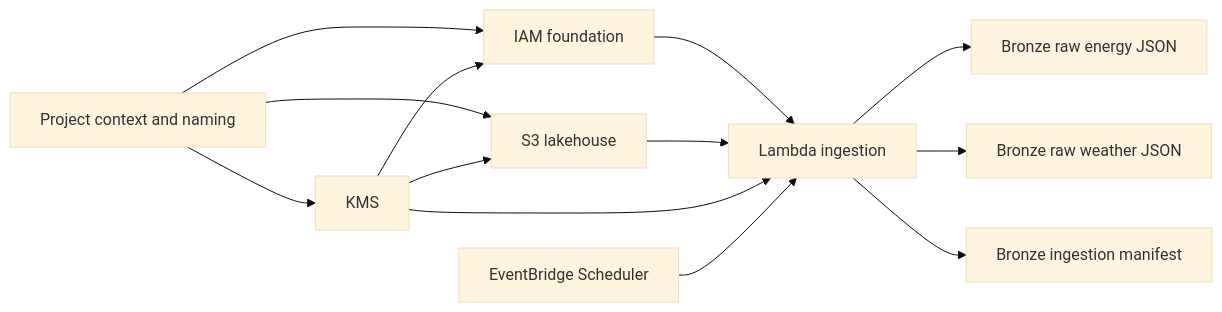
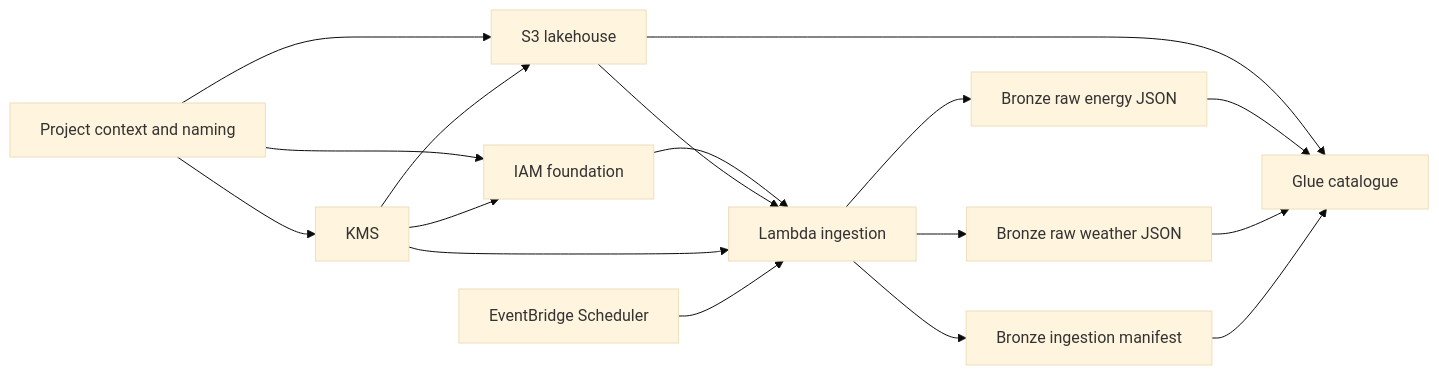
Before and after one commit to Ch3rry-Pi3-AWS/AWS-MLOps-EnergyForecasting-AnomalyDetection: the first of 3 diagrams in README.md, drawn with Mermaid (base theme). The commit also changed other lines of this file and 8 other files, not shown here.

````diff
--- a/README.md
+++ b/README.md
@@ -83,15 +87,19 @@
 ```mermaid
 flowchart LR
     A[Project context and naming] --> B[KMS]
     A --> C[S3 lakehouse]
     A --> D[IAM foundation]
     B --> C
     B --> D
     D --> E[Lambda ingestion]
     C --> E
     B --> E
     F[EventBridge Scheduler] --> E
     E --> G[Bronze raw energy JSON]
     E --> H[Bronze raw weather JSON]
     E --> I[Bronze ingestion manifest]
+    C --> J[Glue catalogue]
+    G --> J
+    H --> J
+    I --> J
 ```
````
